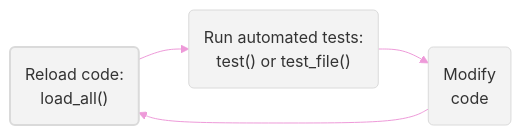
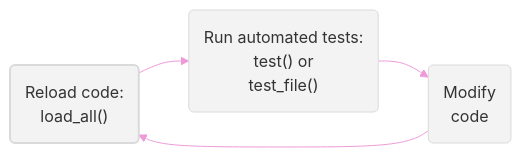
The second of 2 diagrams in materials/day-1-session-3-testing.qmd (rstudio-conf-2022/build-tidy-tools), drawn with Mermaid before and after one commit. The commit also changed other lines of this file and 2 other files, not shown here.

````diff
--- a/materials/day-1-session-3-testing.qmd
+++ b/materials/day-1-session-3-testing.qmd
@@ -183,14 +196,14 @@
 ```{mermaid}
 %%| evaluate:: true
 %%| fig-width: 10
 %%| fig-height: 5
 %%{init: {'theme': 'base', 'themeVariables': { 'primaryColor': '#f3f3f3',  'lineColor':'#EE9AD9'}}}%%
 
   flowchart LR
       id1("Reload code: \n load_all()") --> 
-      id2("Run automated tests: \n test() or test_file()") --> 
+      id2("Run automated tests: \n test() or \n test_file()") --> 
       id3("Modify \n code")
       id3 --> id1
       style id1 id2 id3 stroke:#3F3F3F,stroke-width:2px
 
 ```
````
